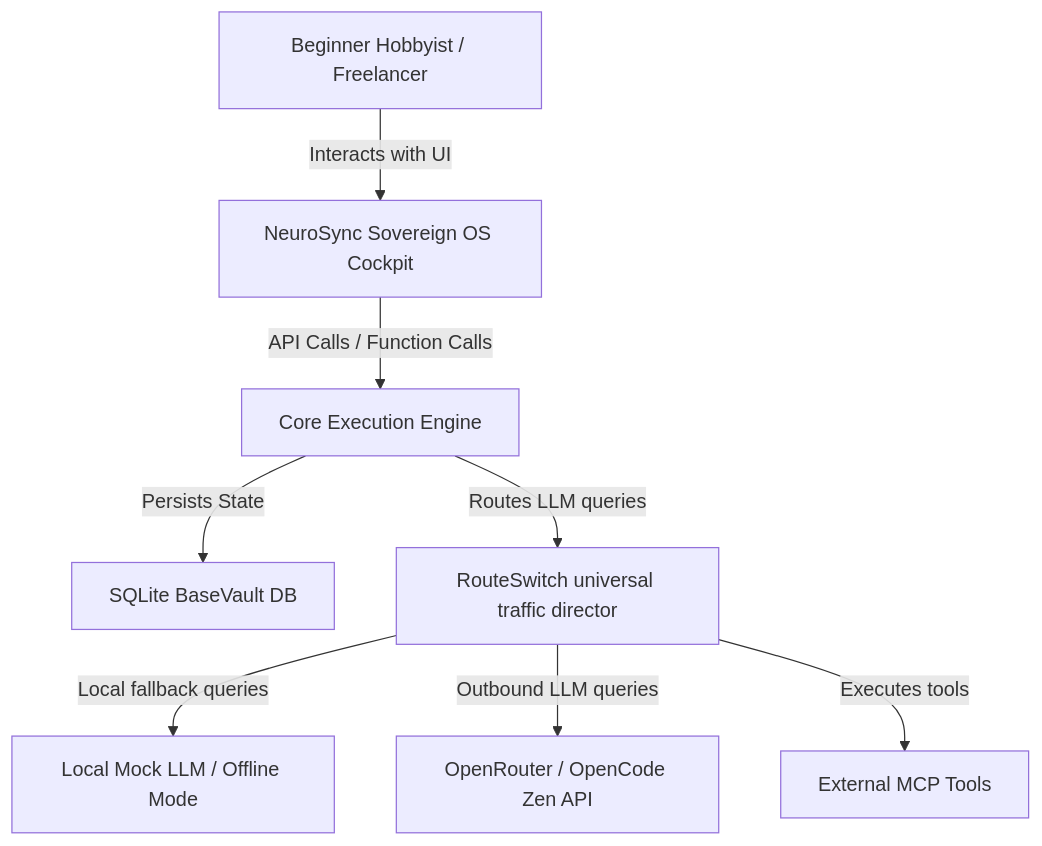
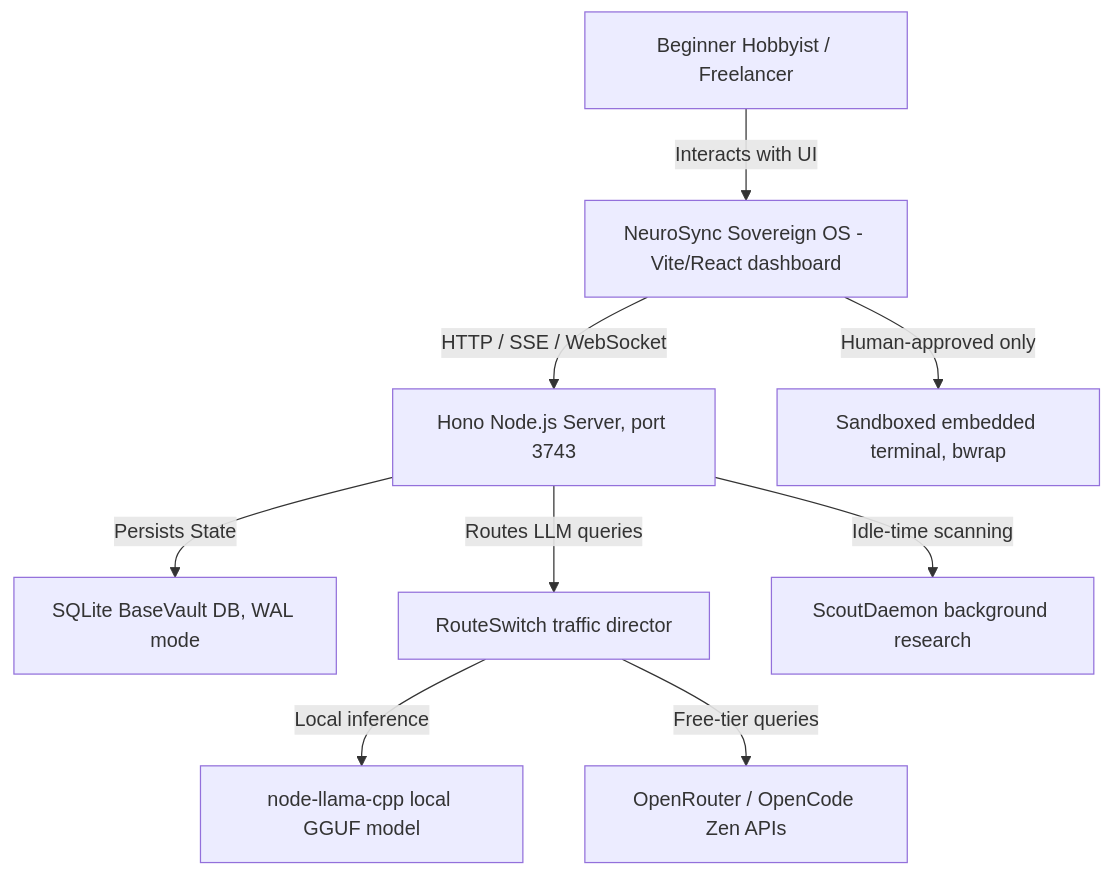
The diagram in docs/docs/02-architecture/c4-system-context.md (wdeldaybytebuster/ByteBuster-NeuroSyncOS), drawn with Mermaid before and after one commit. The commit also changed other lines of this file and 39 other files, not shown here.

````diff
--- a/docs/docs/02-architecture/c4-system-context.md
+++ b/docs/docs/02-architecture/c4-system-context.md
@@ -14,10 +14,11 @@
 ```mermaid
 graph TD
-    User[Beginner Hobbyist / Freelancer] -->|Interacts with UI| PortGrid[NeuroSync Sovereign OS Cockpit]
-    PortGrid -->|API Calls / Function Calls| CoreExec[Core Execution Engine]
-    CoreExec -->|Persists State| BaseVault[SQLite BaseVault DB]
-    CoreExec -->|Routes LLM queries| RouteSwitch[RouteSwitch universal traffic director]
-    RouteSwitch -->|Local fallback queries| MockProvider[Local Mock LLM / Offline Mode]
-    RouteSwitch -->|Outbound LLM queries| OpenRouter[OpenRouter / OpenCode Zen API]
-    RouteSwitch -->|Executes tools| MCP[External MCP Tools]
+    User[Beginner Hobbyist / Freelancer] -->|Interacts with UI| PortGrid[NeuroSync Sovereign OS - Vite/React dashboard]
+    PortGrid -->|HTTP / SSE / WebSocket| Server[Hono Node.js Server, port 3743]
+    Server -->|Persists State| BaseVault[SQLite BaseVault DB, WAL mode]
+    Server -->|Routes LLM queries| RouteSwitch[RouteSwitch traffic director]
+    RouteSwitch -->|Local inference| LocalGGUF[node-llama-cpp local GGUF model]
+    RouteSwitch -->|Free-tier queries| OpenRouter[OpenRouter / OpenCode Zen APIs]
+    Server -->|Idle-time scanning| ScoutDaemon[ScoutDaemon background research]
+    PortGrid -->|Human-approved only| EmbeddedTerminal[Sandboxed embedded terminal, bwrap]
 ```
````
